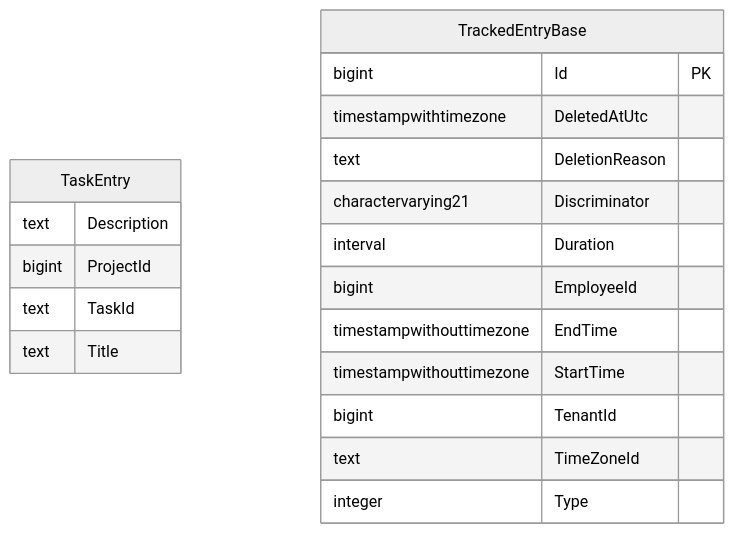
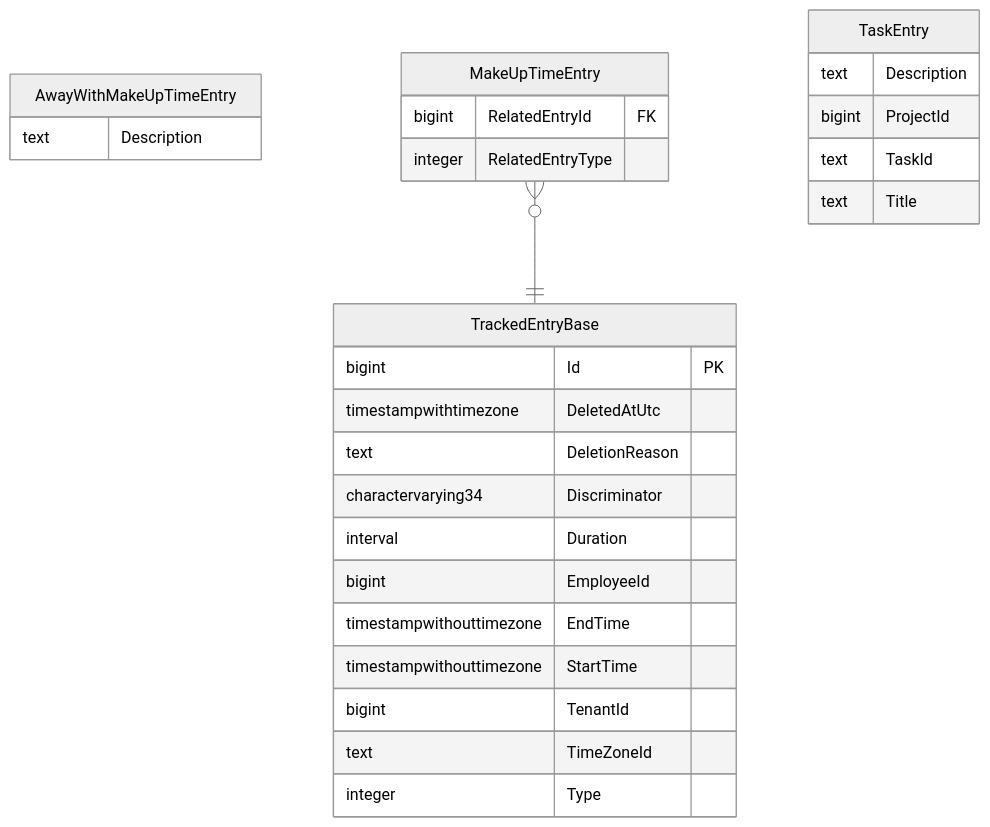
One commit to TourmalineCore/inner-circle-time-api changed the diagram in README.md. Above: the diagram before and after it, drawn with Mermaid. The commit also changed other lines of this file and 60 other files, not shown here.

Commit message:
feat: #96: add away with make up time entry so that we can track this entries in time-tracker

````diff
--- a/README.md
+++ b/README.md
@@ -107,23 +107,31 @@
 ```mermaid
 	erDiagram
 	%%{init: {'theme':'neutral'}}%%
+	AwayWithMakeUpTimeEntry {
+		text Description 
+	}
+	MakeUpTimeEntry {
+		bigint RelatedEntryId FK
+		integer RelatedEntryType 
+	}
 	TaskEntry {
 		text Description 
 		bigint ProjectId 
 		text TaskId 
 		text Title 
 	}
 	TrackedEntryBase {
 		bigint Id PK
 		timestampwithtimezone DeletedAtUtc 
 		text DeletionReason 
-		charactervarying21 Discriminator 
+		charactervarying34 Discriminator 
 		interval Duration 
 		bigint EmployeeId 
 		timestampwithouttimezone EndTime 
 		timestampwithouttimezone StartTime 
 		bigint TenantId 
 		text TimeZoneId 
 		integer Type 
 	}
+MakeUpTimeEntry}o--||TrackedEntryBase : ""
 ```
````
